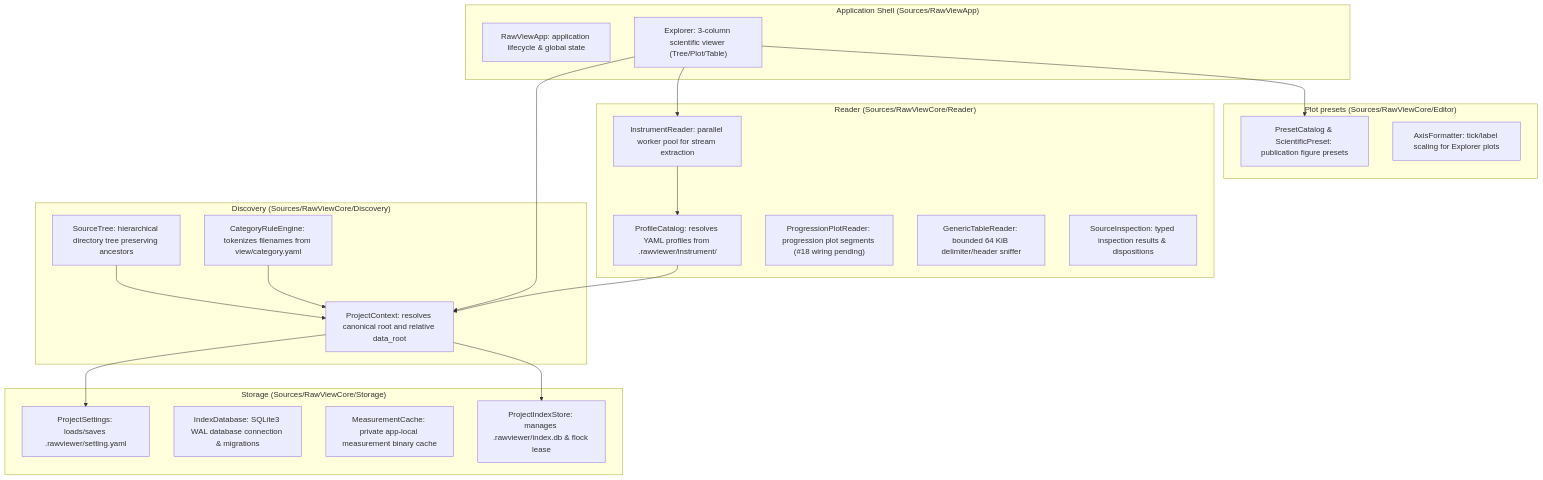
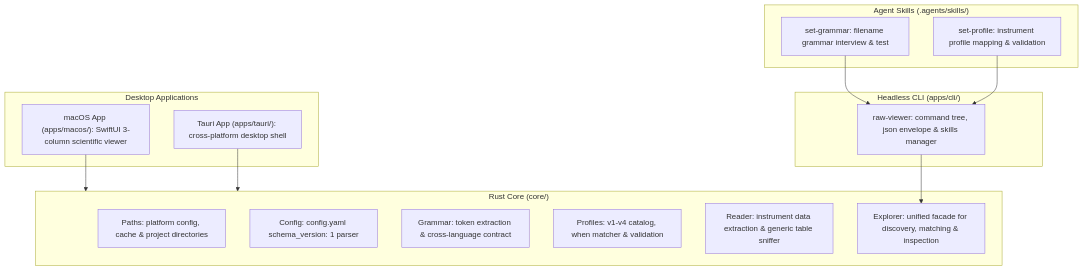
The diagram in AGENTS.md (taixuann/raw-viewer), drawn with Mermaid before and after one commit. The commit also changed other lines of this file and 3 other files, not shown here.

````diff
--- a/AGENTS.md
+++ b/AGENTS.md
@@ -28,43 +23,31 @@
 ```mermaid
 graph TD
-    subgraph Storage ["Storage (Sources/RawViewCore/Storage)"]
-        ProjectIndexStore["ProjectIndexStore: manages .rawviewer/index.db & flock lease"]
-        IndexDatabase["IndexDatabase: SQLite3 WAL database connection & migrations"]
-        MeasurementCache["MeasurementCache: private app-local measurement binary cache"]
-        ProjectSettings["ProjectSettings: loads/saves .rawviewer/setting.yaml"]
+    subgraph CoreEngine ["Rust Core (core/)"]
+        Paths["Paths: platform config, cache & project directories"]
+        Config["Config: config.yaml schema_version: 1 parser"]
+        Grammar["Grammar: token extraction & cross-language contract"]
+        Profiles["Profiles: v1-v4 catalog, when matcher & validation"]
+        Reader["Reader: instrument data extraction & generic table sniffer"]
+        ExplorerFacade["Explorer: unified facade for discovery, matching & inspection"]
     end
 
-    subgraph Discovery ["Discovery (Sources/RawViewCore/Discovery)"]
-        ProjectContext["ProjectContext: resolves canonical root and relative data_root"]
-        SourceTree["SourceTree: hierarchical directory tree preserving ancestors"]
-        CategoryRuleEngine["CategoryRuleEngine: tokenizes filenames from view/category.yaml"]
+    subgraph CLI ["Headless CLI (apps/cli/)"]
+        RawViewerCLI["raw-viewer: command tree, json envelope & skills manager"]
     end
 
-    subgraph Reader ["Reader (Sources/RawViewCore/Reader)"]
-        ProfileCatalog["ProfileCatalog: resolves YAML profiles from .rawviewer/instrument/"]
-        InstrumentReader["InstrumentReader: parallel worker pool for stream extraction"]
-        ProgressionPlotReader["ProgressionPlotReader: progression plot segments (#18 wiring pending)"]
-        GenericTableReader["GenericTableReader: bounded 64 KiB delimiter/header sniffer"]
-        SourceInspection["SourceInspection: typed inspection results & dispositions"]
+    subgraph DesktopApp ["Desktop Applications"]
+        MacOSApp["macOS App (apps/macos/): SwiftUI 3-column scientific viewer"]
+        TauriApp["Tauri App (apps/tauri/): cross-platform desktop shell"]
     end
 
-    subgraph PlotStyle ["Plot presets (Sources/RawViewCore/Editor)"]
-        PresetCatalog["PresetCatalog & ScientificPreset: publication figure presets"]
-        AxisFormatter["AxisFormatter: tick/label scaling for Explorer plots"]
+    subgraph Skills ["Agent Skills (.agents/skills/)"]
+        SetGrammarSkill["set-grammar: filename grammar interview & test"]
+        SetProfileSkill["set-profile: instrument profile mapping & validation"]
     end
 
-    subgraph AppUI ["Application Shell (Sources/RawViewApp)"]
-        RawViewApp["RawViewApp: application lifecycle & global state"]
-        ExplorerWorkspace["Explorer: 3-column scientific viewer (Tree/Plot/Table)"]
-    end
-
-    ProjectContext --> ProjectSettings
-    ProjectContext --> ProjectIndexStore
-    SourceTree --> ProjectContext
-    CategoryRuleEngine --> ProjectContext
-    ProfileCatalog --> ProjectContext
-    InstrumentReader --> ProfileCatalog
-    ExplorerWorkspace --> ProjectContext
-    ExplorerWorkspace --> InstrumentReader
-    ExplorerWorkspace --> PresetCatalog
+    RawViewerCLI --> ExplorerFacade
+    MacOSApp --> CoreEngine
+    TauriApp --> CoreEngine
+    SetGrammarSkill --> RawViewerCLI
+    SetProfileSkill --> RawViewerCLI
 ```
````
